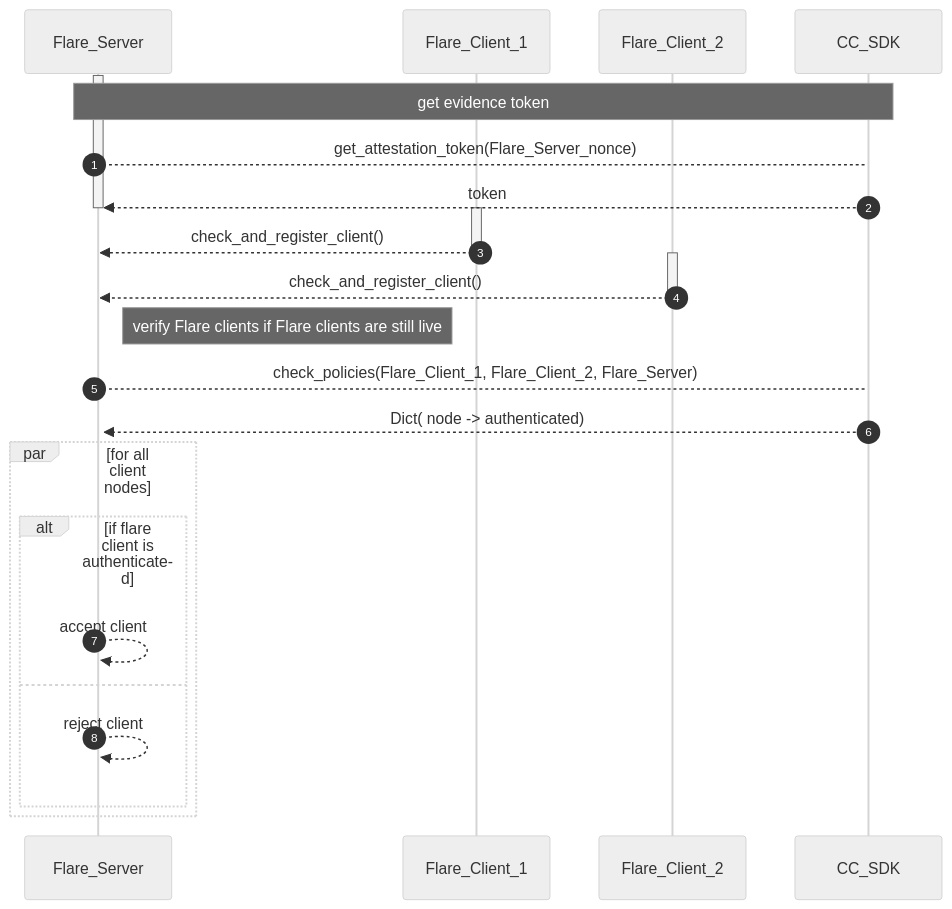
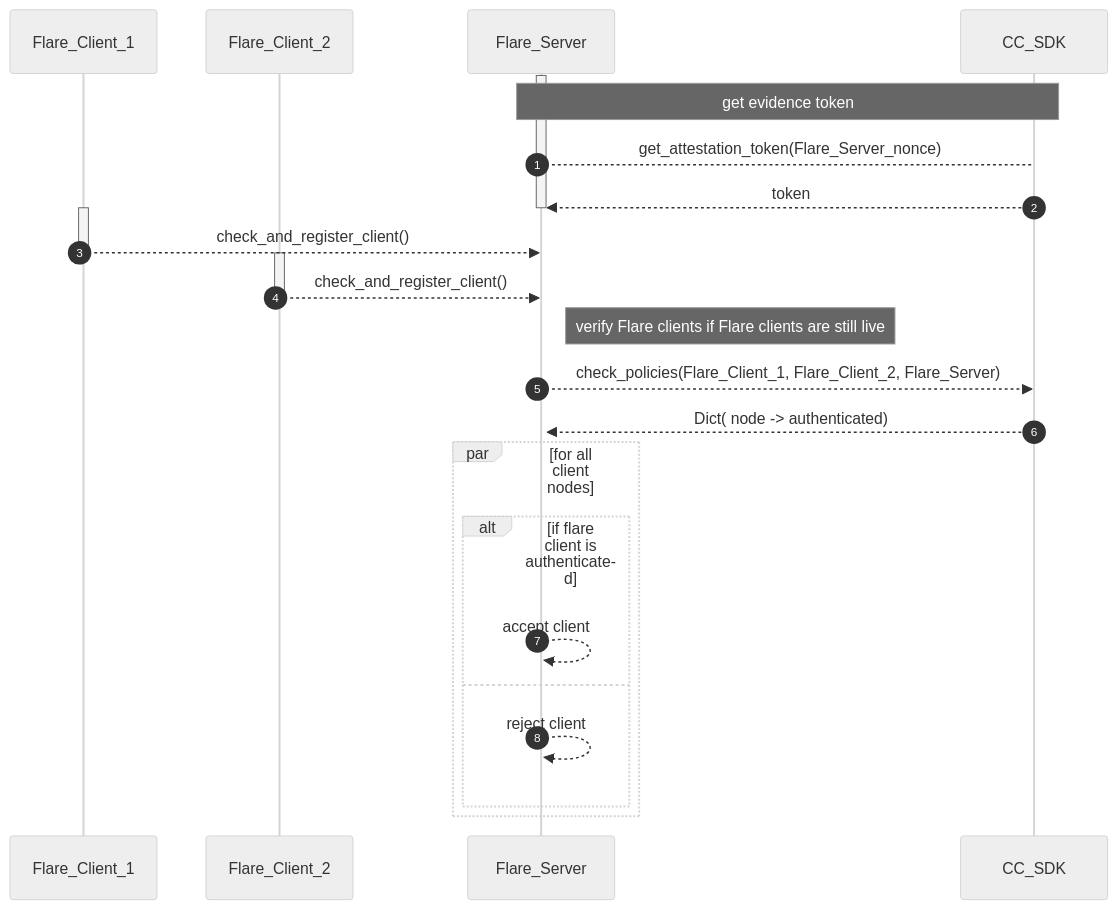
Before and after one commit to hitesh-ag1/NVFlare: the eighth of 9 diagrams in docs/confidential_computing/detailed_cc_sequence_diagram.md, drawn with Mermaid (neutral theme).

Commit message:
Sequence diagram for CC

````diff
--- a/docs/confidential_computing/detailed_cc_sequence_diagram.md
+++ b/docs/confidential_computing/detailed_cc_sequence_diagram.md
@@ -188,35 +188,35 @@
 ```mermaid
 sequenceDiagram
    autonumber
      
-    participant Flare_Server
     participant Flare_Client_1
     participant Flare_Client_2
+    participant Flare_Server
     participant CC_SDK
      
     activate Flare_Server
     Note over Flare_Server, CC_SDK: get evidence token
     Flare_Server --> CC_SDK : get_attestation_token(Flare_Server_nonce)
     CC_SDK -->> Flare_Server : token
     deactivate Flare_Server
   
     activate Flare_Client_1
     Flare_Client_1 -->> Flare_Server:  check_and_register_client() 
     deactivate Flare_Client_1
     
     activate Flare_Client_2
     Flare_Client_2 -->> Flare_Server:  check_and_register_client() 
     deactivate Flare_Client_2
     
     activate Flare_Server
     Note right of Flare_Server : verify Flare clients if Flare clients are still live
-    Flare_Server --> CC_SDK : check_policies(Flare_Client_1, Flare_Client_2, Flare_Server)
+    Flare_Server -->> CC_SDK : check_policies(Flare_Client_1, Flare_Client_2, Flare_Server)
     CC_SDK -->> Flare_Server : Dict( node -> authenticated)
     par for all client nodes 
             alt if flare client is authenticated
                 Flare_Server -->>  Flare_Server:  accept client  
             else
                 Flare_Server -->>  Flare_Server:  reject client  
             end
     end
 ```
````
